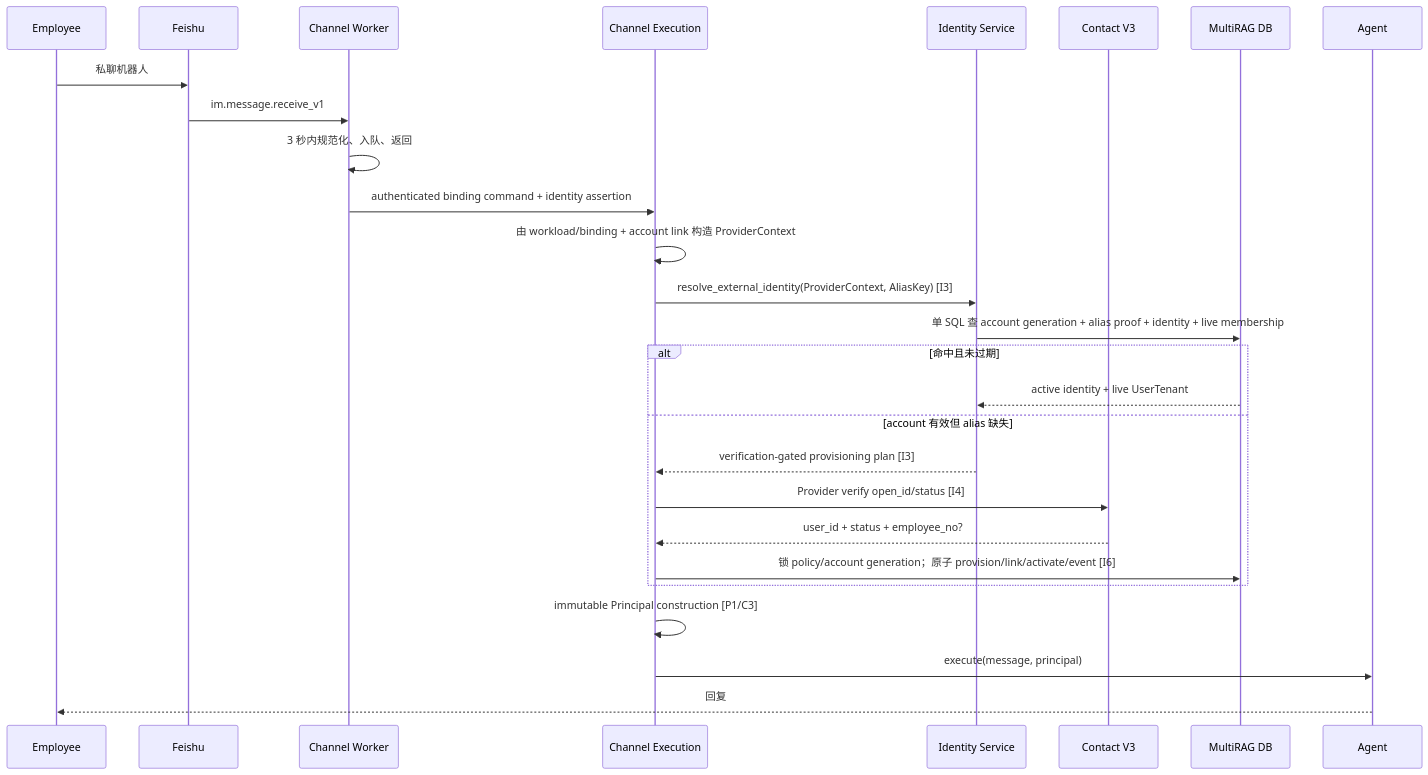
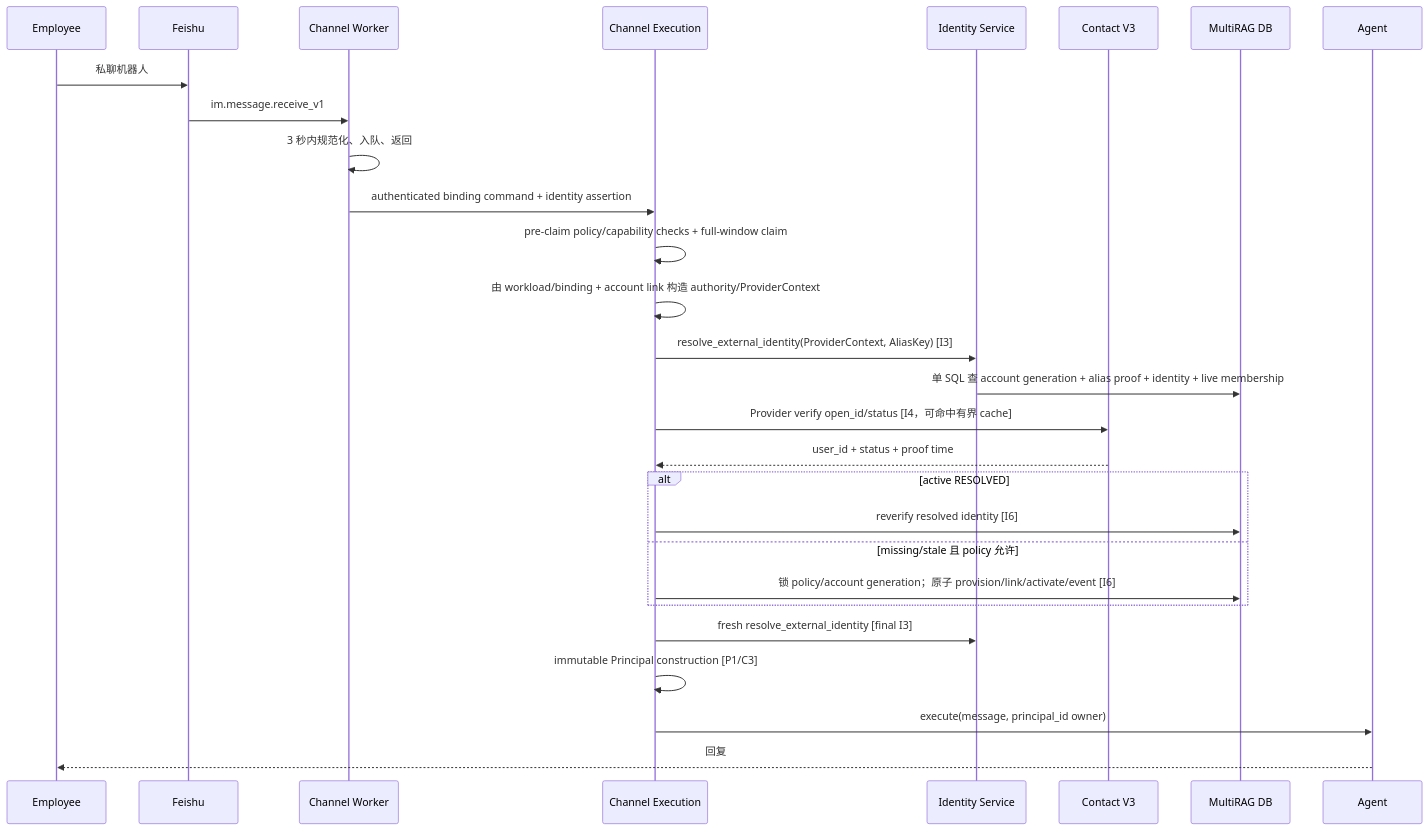
The seventh of 11 diagrams in docs/enterprise-identity-mcp/ARCHITECTURE.md (yuehong136/MultiRAG), drawn with Mermaid before and after one commit. The commit also changed other lines of this file and 28 other files, not shown here.

````diff
--- a/docs/enterprise-identity-mcp/ARCHITECTURE.md
+++ b/docs/enterprise-identity-mcp/ARCHITECTURE.md
@@ -331,30 +332,31 @@
 ```mermaid
 sequenceDiagram
     participant E as Employee
     participant F as Feishu
     participant W as Channel Worker
     participant X as Channel Execution
     participant I as Identity Service
     participant C as Contact V3
     participant D as MultiRAG DB
     participant A as Agent
 
     E->>F: 私聊机器人
     F->>W: im.message.receive_v1
     W->>W: 3 秒内规范化、入队、返回
     W->>X: authenticated binding command + identity assertion
-    X->>X: 由 workload/binding + account link 构造 ProviderContext
+    X->>X: pre-claim policy/capability checks + full-window claim
+    X->>X: 由 workload/binding + account link 构造 authority/ProviderContext
     X->>I: resolve_external_identity(ProviderContext, AliasKey) [I3]
     I->>D: 单 SQL 查 account generation + alias proof + identity + live membership
-    alt 命中且未过期
-        D-->>I: active identity + live UserTenant
-    else account 有效但 alias 缺失
-        I-->>X: verification-gated provisioning plan [I3]
-        X->>C: Provider verify open_id/status [I4]
-        C-->>X: user_id + status + employee_no?
+    X->>C: Provider verify open_id/status [I4，可命中有界 cache]
+    C-->>X: user_id + status + proof time
+    alt active RESOLVED
+        X->>D: reverify resolved identity [I6]
+    else missing/stale 且 policy 允许
         X->>D: 锁 policy/account generation；原子 provision/link/activate/event [I6]
     end
+    X->>I: fresh resolve_external_identity [final I3]
     X->>X: immutable Principal construction [P1/C3]
-    X->>A: execute(message, principal)
+    X->>A: execute(message, principal_id owner)
     A-->>E: 回复
 ```
````
